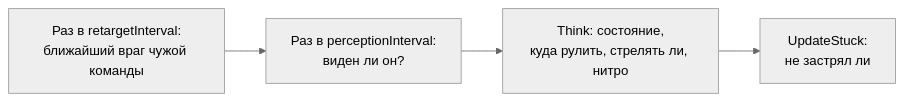
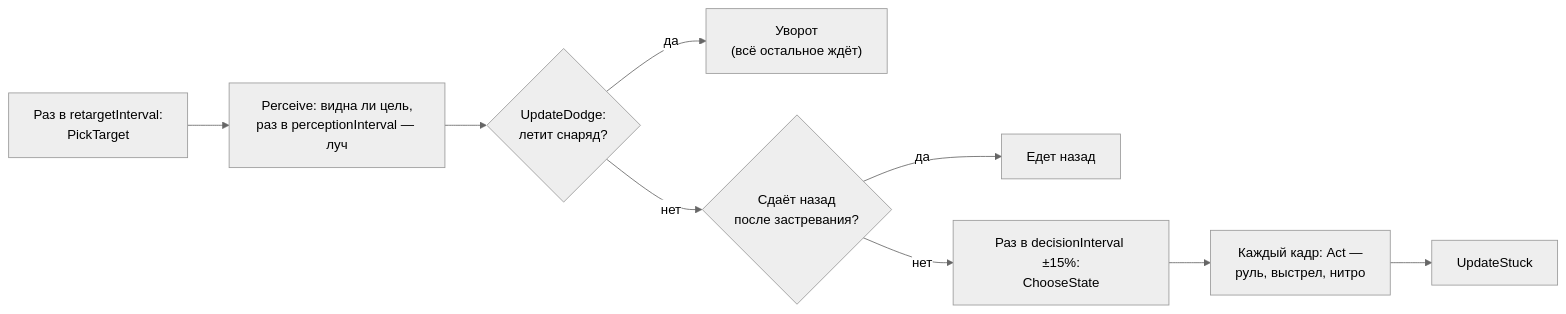
The first of 2 diagrams in Documentation/articles/bots.md (niikage7/burmalda-gamejam), drawn with Mermaid (neutral theme) before and after one commit. The commit also changed other lines of this file and 33 other files, not shown here.

````diff
--- a/Documentation/articles/bots.md
+++ b/Documentation/articles/bots.md
@@ -41,6 +30,11 @@
 ```mermaid
 flowchart LR
-    A["Раз в retargetInterval:<br/>ближайший враг чужой команды"] --> B["Раз в perceptionInterval:<br/>виден ли он?"]
-    B --> C["Think: состояние,<br/>куда рулить, стрелять ли, нитро"]
-    C --> D["UpdateStuck:<br/>не застрял ли"]
+    A["Раз в retargetInterval:<br/>PickTarget"] --> B["Perceive: видна ли цель,<br/>раз в perceptionInterval — луч"]
+    B --> D{"UpdateDodge:<br/>летит снаряд?"}
+    D -- да --> DD["Уворот<br/>(всё остальное ждёт)"]
+    D -- нет --> R{"Сдаёт назад<br/>после застревания?"}
+    R -- да --> RR["Едет назад"]
+    R -- нет --> C["Раз в decisionInterval ±15%:<br/>ChooseState"]
+    C --> E["Каждый кадр: Act —<br/>руль, выстрел, нитро"]
+    E --> S["UpdateStuck"]
 ```
````
